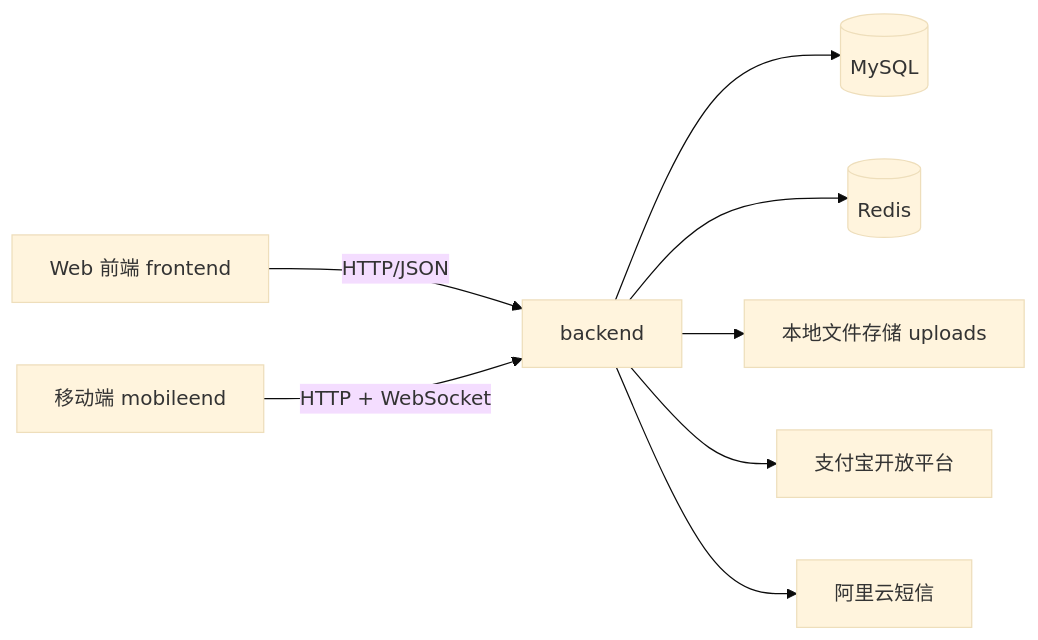
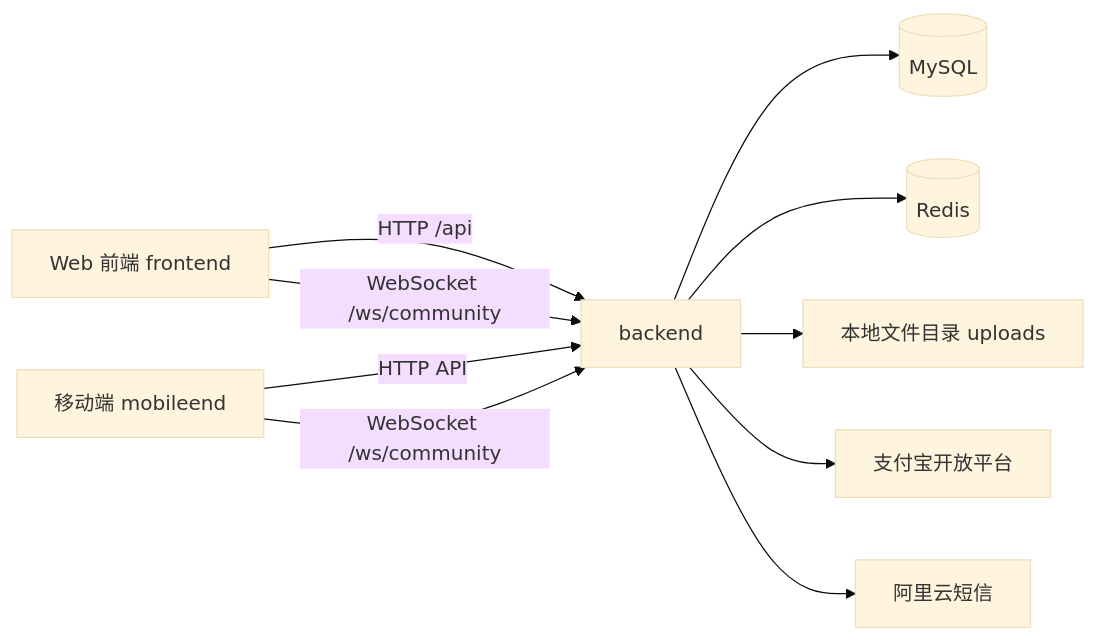
Before and after one commit to GeFuyi/BYSJ: the diagram in README.md, drawn with Mermaid (base theme). The commit also changed other lines of this file and 17 other files, not shown here.

````diff
--- a/README.md
+++ b/README.md
@@ -10,10 +85,12 @@
 ```mermaid
 flowchart LR
-    A[Web 前端 frontend] -->|HTTP/JSON| B[backend]
-    C[移动端 mobileend] -->|HTTP + WebSocket| B
+    A[Web 前端 frontend] -->|HTTP /api| B[backend]
+    A -->|WebSocket /ws/community| B
+    C[移动端 mobileend] -->|HTTP API| B
+    C -->|WebSocket /ws/community| B
     B --> D[(MySQL)]
     B --> E[(Redis)]
-    B --> F[本地文件存储 uploads]
+    B --> F[本地文件目录 uploads]
     B --> G[支付宝开放平台]
     B --> H[阿里云短信]
 ```
````
